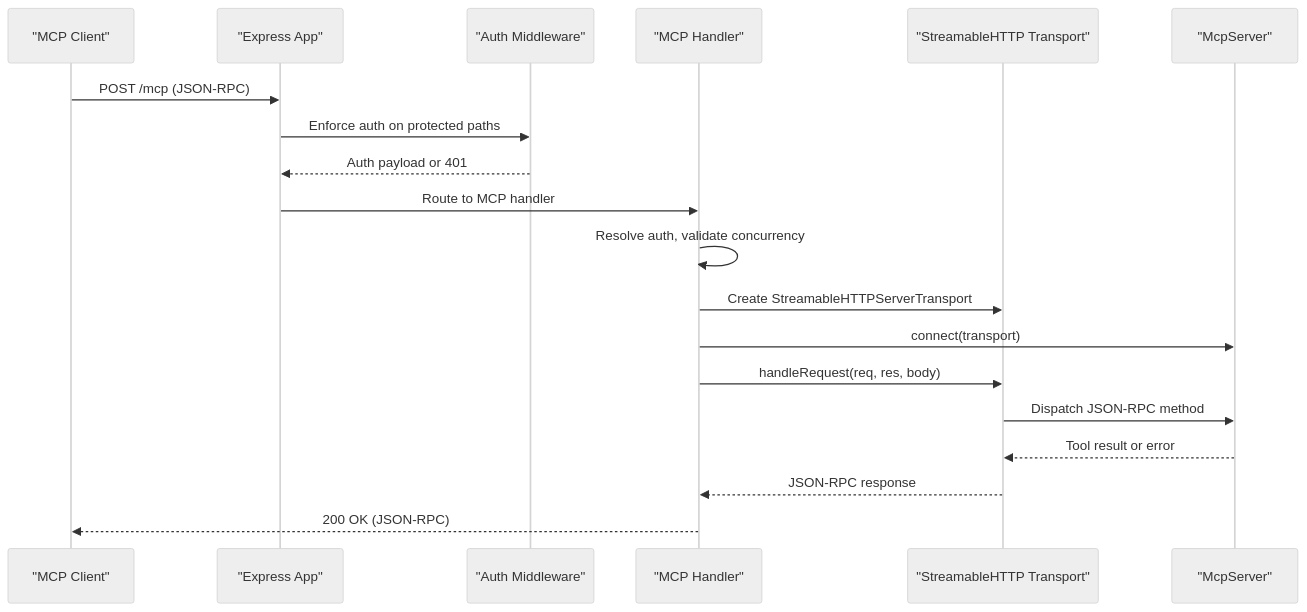
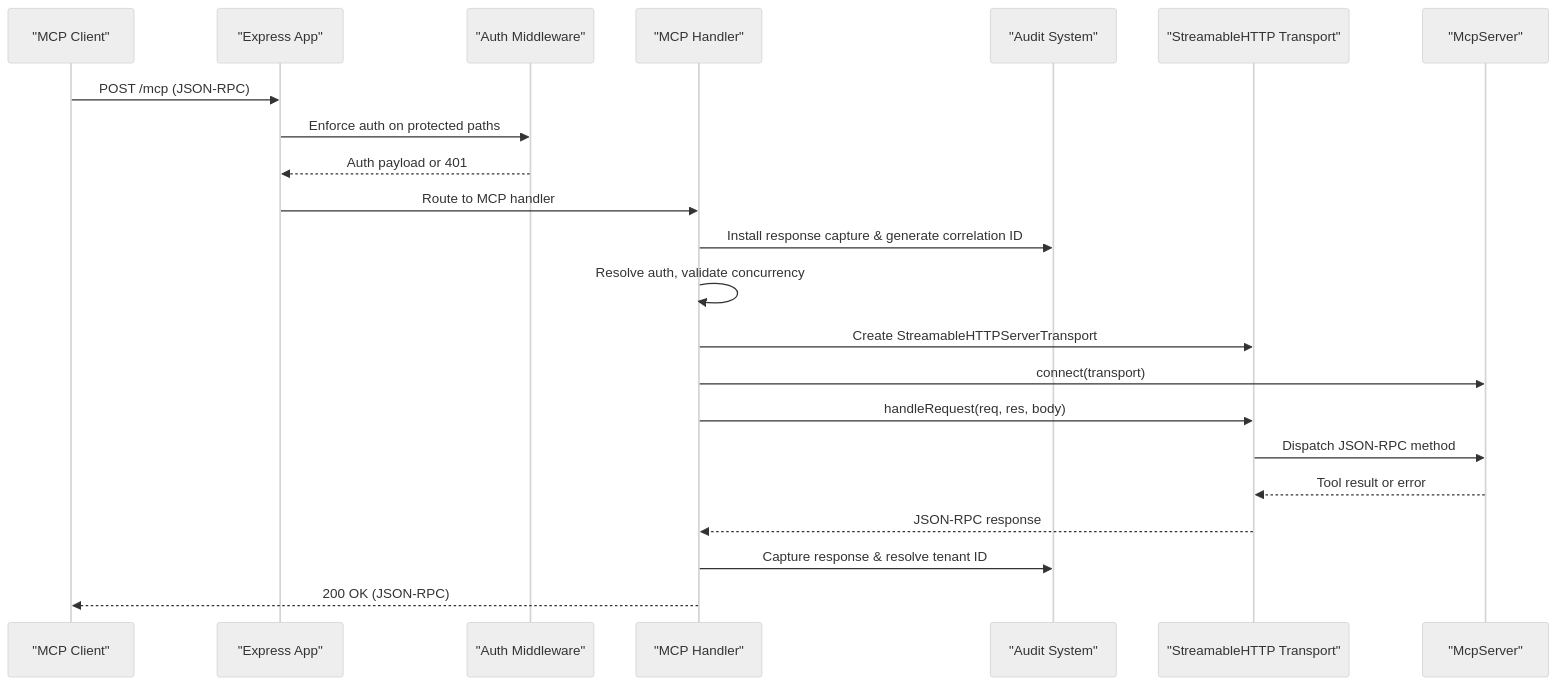
Before and after one commit to debian777/kairos-mcp: the second of 12 diagrams in .qoder/repowiki/en/content/Architecture & Design/MCP Protocol Architecture.md, drawn with Mermaid (neutral theme). The commit also changed other lines of this file and 5 other files, not shown here.

First line of the commit message:
fix(audit): capture response at transport.send() level

````diff
--- a/.qoder/repowiki/en/content/Architecture & Design/MCP Protocol Architecture.md
+++ b/.qoder/repowiki/en/content/Architecture & Design/MCP Protocol Architecture.md
@@ -98,21 +117,24 @@
 ```mermaid
 sequenceDiagram
 participant Client as "MCP Client"
 participant Express as "Express App"
 participant Auth as "Auth Middleware"
 participant Handler as "MCP Handler"
+participant Audit as "Audit System"
 participant Transport as "StreamableHTTP Transport"
 participant Server as "McpServer"
 Client->>Express : POST /mcp (JSON-RPC)
 Express->>Auth : Enforce auth on protected paths
 Auth-->>Express : Auth payload or 401
 Express->>Handler : Route to MCP handler
+Handler->>Audit : Install response capture & generate correlation ID
 Handler->>Handler : Resolve auth, validate concurrency
 Handler->>Transport : Create StreamableHTTPServerTransport
 Handler->>Server : connect(transport)
 Handler->>Transport : handleRequest(req, res, body)
 Transport->>Server : Dispatch JSON-RPC method
 Server-->>Transport : Tool result or error
 Transport-->>Handler : JSON-RPC response
+Handler->>Audit : Capture response & resolve tenant ID
 Handler-->>Client : 200 OK (JSON-RPC)
 ```
````
